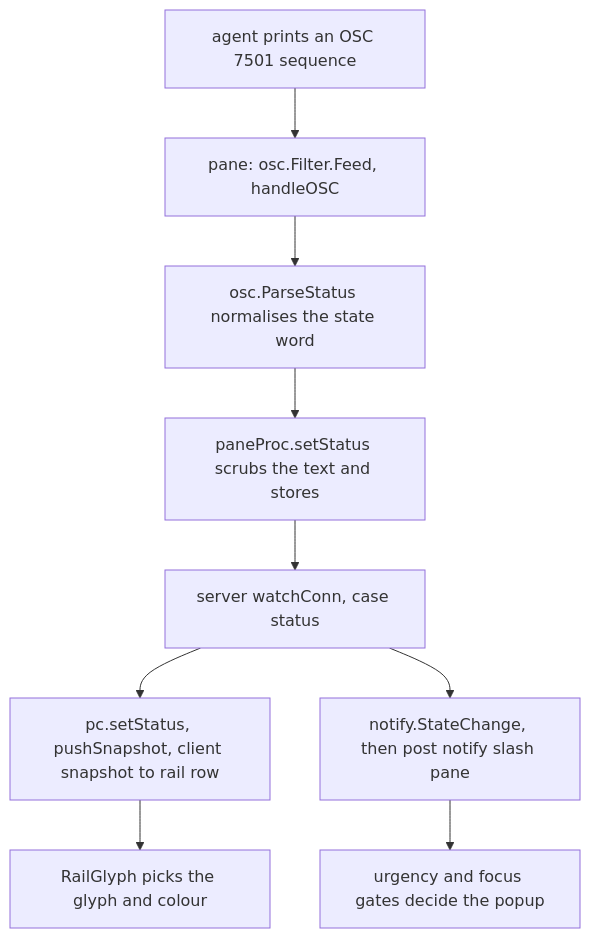
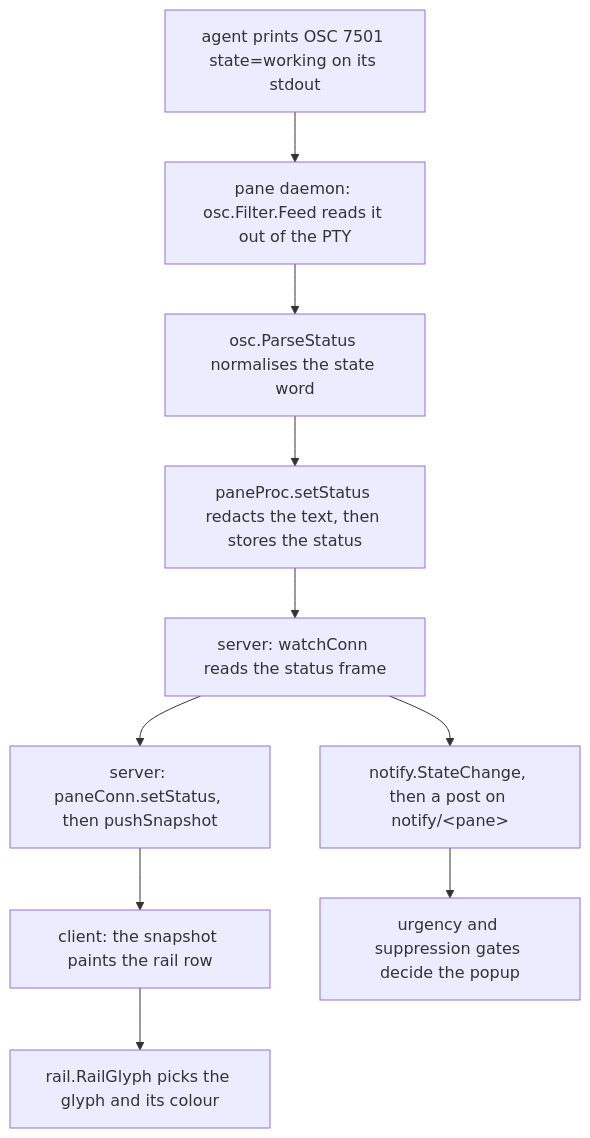
One commit to ladydascalie/dm changed the diagram in docs/internals/08-surfaces.md. Above: the diagram before and after it, drawn with Mermaid. The commit also changed other lines of this file and 13 other files, not shown here.

````diff
--- a/docs/internals/08-surfaces.md
+++ b/docs/internals/08-surfaces.md
@@ -118,11 +133,12 @@
 ```mermaid
 flowchart TD
-  A["agent prints an OSC 7501 sequence"] --> B["pane: osc.Filter.Feed, handleOSC"]
+  A["agent prints OSC 7501 state=working on its stdout"] --> B["pane daemon: osc.Filter.Feed reads it out of the PTY"]
   B --> C["osc.ParseStatus normalises the state word"]
-  C --> D["paneProc.setStatus scrubs the text and stores"]
-  D --> E["server watchConn, case status"]
-  E --> F["pc.setStatus, pushSnapshot, client snapshot to rail row"]
-  F --> G["RailGlyph picks the glyph and colour"]
-  E --> J["notify.StateChange, then post notify slash pane"]
-  J --> K["urgency and focus gates decide the popup"]
+  C --> D["paneProc.setStatus redacts the text, then stores the status"]
+  D --> E["server: watchConn reads the status frame"]
+  E --> F["server: paneConn.setStatus, then pushSnapshot"]
+  F --> G["client: the snapshot paints the rail row"]
+  G --> H["rail.RailGlyph picks the glyph and its colour"]
+  E --> I["notify.StateChange, then a post on notify/&lt;pane&gt;"]
+  I --> J["urgency and suppression gates decide the popup"]
 ```
````
